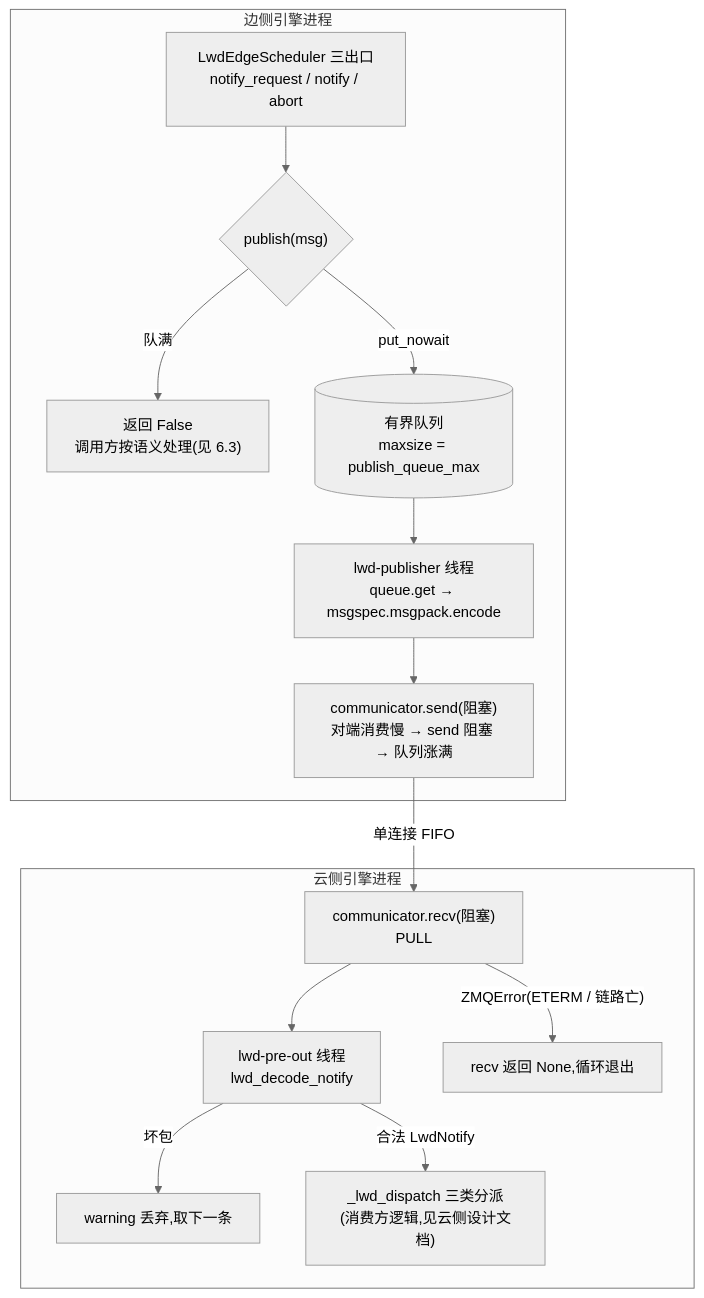
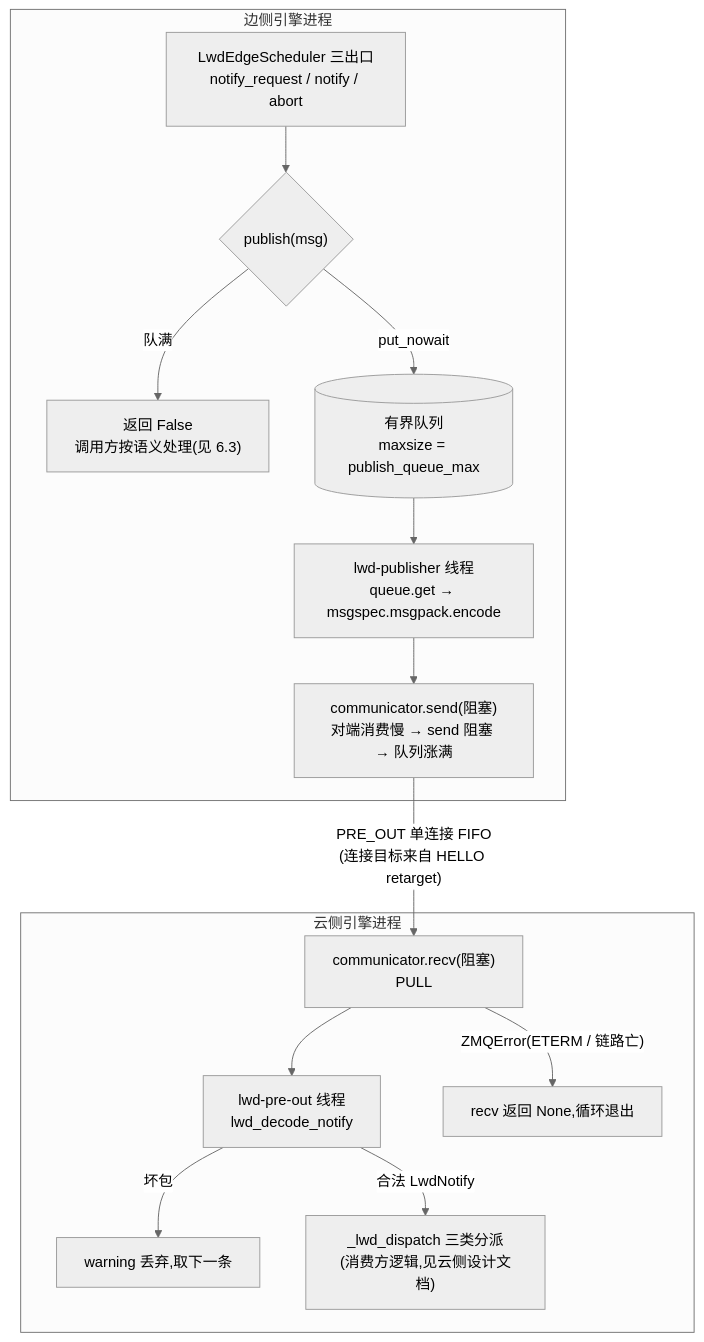
Before and after one commit to Chloe-orz/vllm-23.0: the second of 5 diagrams in docs/refactor/lwd_control_communication_design.md, drawn with Mermaid (neutral theme). The commit also changed other lines of this file and 2 other files, not shown here.

````diff
--- a/docs/refactor/lwd_control_communication_design.md
+++ b/docs/refactor/lwd_control_communication_design.md
@@ -200,18 +237,18 @@
 ```mermaid
 flowchart TD
     subgraph EDGE["边侧引擎进程"]
         A1["LwdEdgeScheduler 三出口<br>notify_request / notify / abort"] --> A2{"publish(msg)"}
         A2 -- "队满" --> A3["返回 False<br>调用方按语义处理(见 6.3)"]
         A2 -- "put_nowait" --> A4[("有界队列<br>maxsize = publish_queue_max")]
         A4 --> A5["lwd-publisher 线程<br>queue.get → msgspec.msgpack.encode"]
         A5 --> A6["communicator.send(阻塞)<br>对端消费慢 → send 阻塞 → 队列涨满"]
     end
-    A6 -- "单连接 FIFO" --> B1
+    A6 -- "PRE_OUT 单连接 FIFO<br>(连接目标来自 HELLO retarget)" --> B1
     subgraph CLOUD["云侧引擎进程"]
         B1["communicator.recv(阻塞)<br>PULL"]
         B1 --> B2["lwd-pre-out 线程<br>lwd_decode_notify"]
         B2 -- "坏包" --> B3["warning 丢弃,取下一条"]
         B2 -- "合法 LwdNotify" --> B4["_lwd_dispatch 三类分派<br>(消费方逻辑,见云侧设计文档)"]
         B1 -- "ZMQError(ETERM / 链路亡)" --> B5["recv 返回 None,循环退出"]
     end
 ```
````
